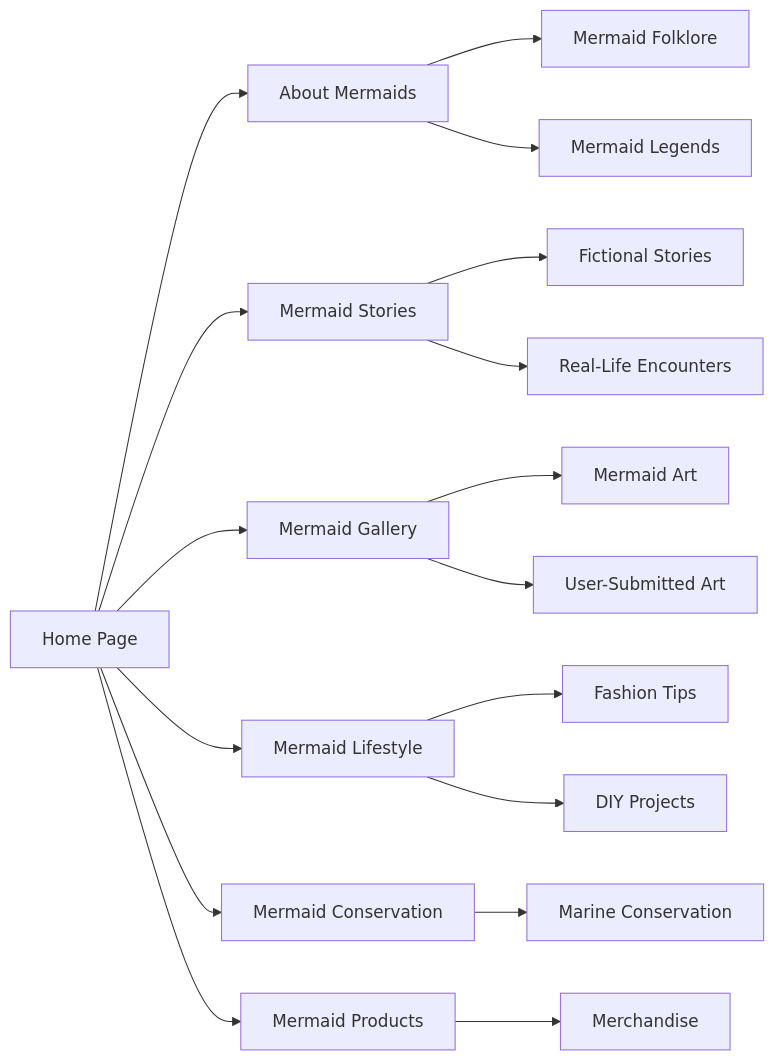
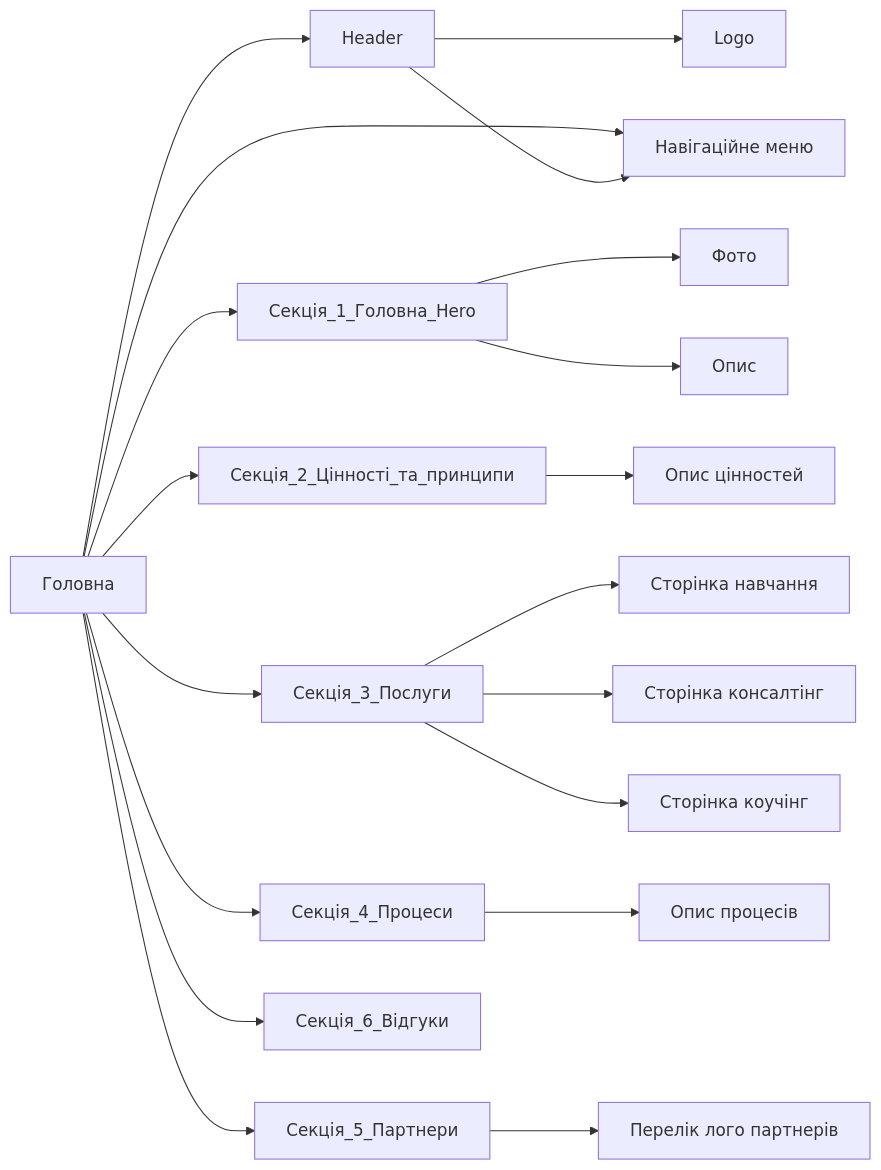
The diagram in README.md (sergio-nezhigay/carptravel), drawn with Mermaid before and after one commit.

````diff
--- a/README.md
+++ b/README.md
@@ -57,20 +57,22 @@
 ```mermaid
 graph LR
-  A[Home Page] --> B[About Mermaids]
-  A --> C[Mermaid Stories]
-  A --> D[Mermaid Gallery]
-  A --> E[Mermaid Lifestyle]
-  A --> F[Mermaid Conservation]
-  A --> G[Mermaid Products]
-  B --> H[Mermaid Folklore]
-  B --> I[Mermaid Legends]
-  C --> J[Fictional Stories]
-  C --> K[Real-Life Encounters]
-  D --> L[Mermaid Art]
-  D --> M[User-Submitted Art]
-  E --> N[Fashion Tips]
-  E --> O[DIY Projects]
-  F --> P[Marine Conservation]
-  G --> Q[Merchandise]
+  A[Головна] --> B[Header]
+  A --> C[Секція_1_Головна_Hero]
+  A --> D[Секція_2_Цінності_та_принципи]
+  A --> E[Секція_3_Послуги]
+  A --> F[Секція_4_Процеси]
+  A --> G[Секція_5_Партнери]
+  A --> H[Секція_6_Відгуки]
+	A --> I[Секція_5_Партнери]
+  B --> J[Logo]
+  B --> I[Навігаційне меню]
+  C --> K[Фото]
+  C --> L[Опис]
+  D --> M[Опис цінностей]
+  E --> N[Сторінка навчання]
+  E --> O[Сторінка консалтінг]
+	E --> P[Сторінка коучінг]
+  F --> R[Опис процесів]
+  G --> S[Перелік лого партнерів]
 
 ```
````
